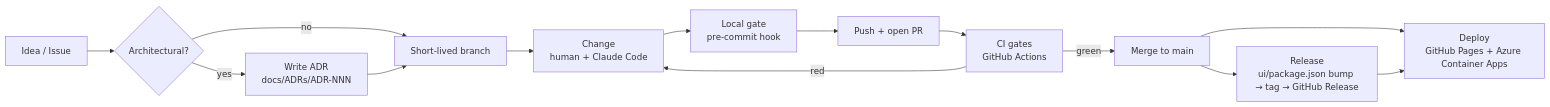
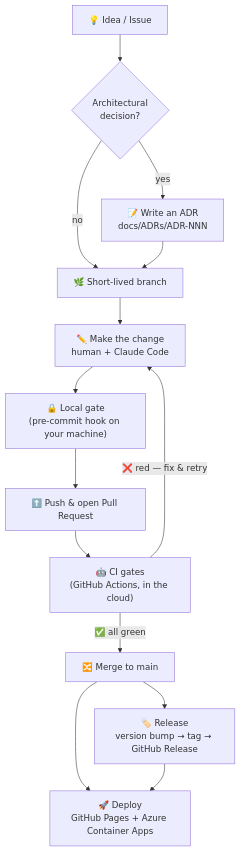
One commit to ma3u/MinimumViableHealthDataspacev2 changed the diagram in docs/SDLC.md. Above: the diagram before and after it, drawn with Mermaid. The commit also changed other lines of this file and 1 other file, not shown here.

First line of the commit message:
docs(sdlc): rewrite SDLC for clarity — diagram, acronyms, per-step explanations, tool & report links (#55) (#63)

````diff
--- a/docs/SDLC.md
+++ b/docs/SDLC.md
@@ -48,16 +101,16 @@
 ```mermaid
-flowchart LR
-    A[Idea / Issue] --> B{Architectural?}
-    B -- yes --> C[Write ADR\ndocs/ADRs/ADR-NNN]
-    B -- no --> D[Short-lived branch]
+flowchart TD
+    A["💡 Idea / Issue"] --> B{"Architectural<br/>decision?"}
+    B -- yes --> C["📝 Write an ADR<br/>docs/ADRs/ADR-NNN"]
+    B -- no --> D["🌿 Short-lived branch"]
     C --> D
-    D --> E[Change\nhuman + Claude Code]
-    E --> F[Local gate\npre-commit hook]
-    F --> G[Push + open PR]
-    G --> H[CI gates\nGitHub Actions]
-    H -- green --> I[Merge to main]
-    H -- red --> E
-    I --> J[Release\nui/package.json bump → tag → GitHub Release]
-    I --> K[Deploy\nGitHub Pages + Azure Container Apps]
+    D --> E["✏️ Make the change<br/>human + Claude Code"]
+    E --> F["🔒 Local gate<br/>(pre-commit hook on your machine)"]
+    F --> G["⬆️ Push &amp; open Pull Request"]
+    G --> H["🤖 CI gates<br/>(GitHub Actions, in the cloud)"]
+    H -- "✅ all green" --> I["🔀 Merge to main"]
+    H -- "❌ red — fix &amp; retry" --> E
+    I --> J["🏷️ Release<br/>version bump → tag → GitHub Release"]
+    I --> K["🚀 Deploy<br/>GitHub Pages + Azure Container Apps"]
     J --> K
 ```
````
